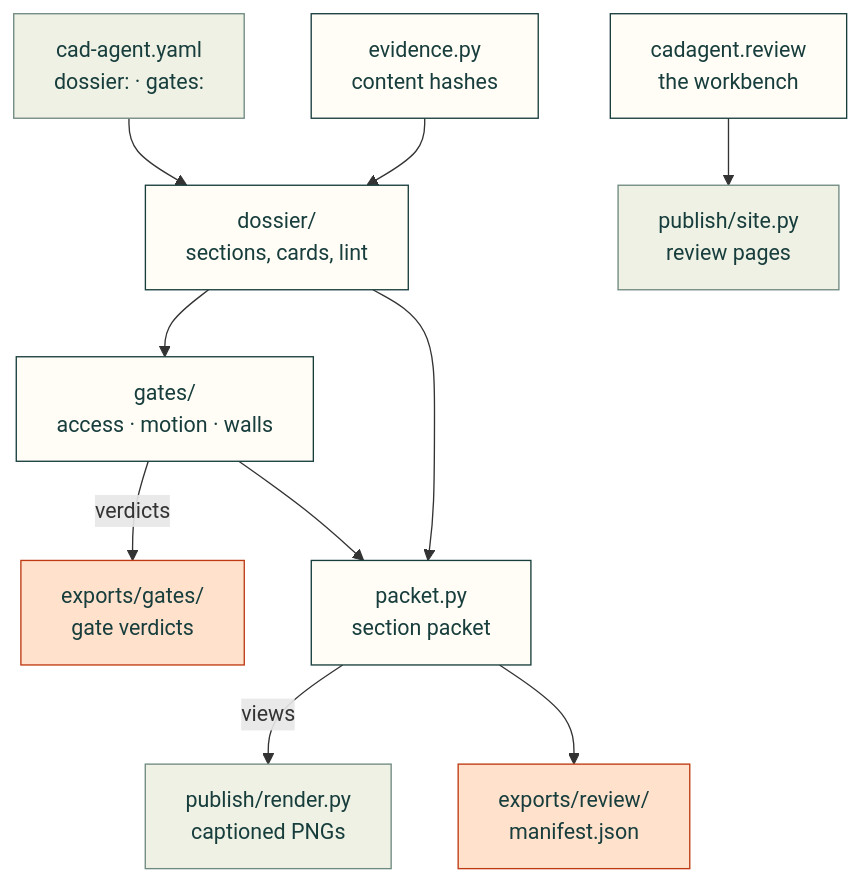
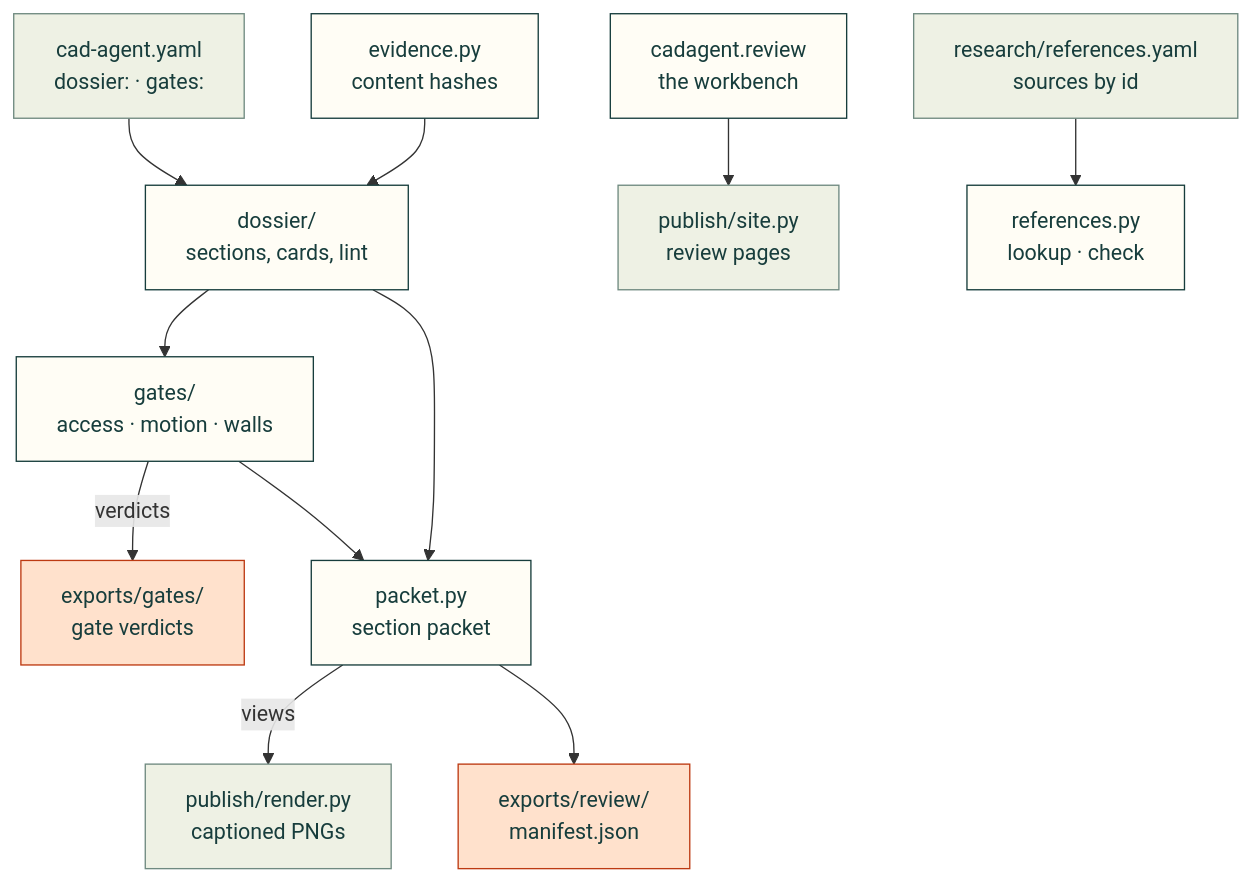
Before and after one commit to Valpatel/cad-agent: the diagram in src/cadagent/review/README.md, drawn with Mermaid. The commit also changed other lines of this file and 6 other files, not shown here.

First line of the commit message:
Reference registry: research/references.yaml and cadagent.review.references (#118)

````diff
--- a/src/cadagent/review/README.md
+++ b/src/cadagent/review/README.md
@@ -12,17 +12,18 @@
 ```mermaid
 flowchart TD
     Y["cad-agent.yaml<br/>dossier: · gates:"] --> DS["dossier/<br/>sections, cards, lint"]
     EV["evidence.py<br/>content hashes"] --> DS
     W["cadagent.review<br/>the workbench"] --> ST["publish/site.py<br/>review pages"]
     DS --> G["gates/<br/>access · motion · walls"]
     G -->|"verdicts"| GJ["exports/gates/<br/>gate verdicts"]
     DS & G --> PK["packet.py<br/>section packet"]
+    RY["research/references.yaml<br/>sources by id"] --> RF["references.py<br/>lookup · check"]
     PK -->|"views"| RN["publish/render.py<br/>captioned PNGs"]
     PK --> PO["exports/review/<br/>manifest.json"]
     classDef here fill:#fffdf5,stroke:#173d3c,color:#173d3c
     classDef near fill:#eef1e4,stroke:#6f8a80,color:#173d3c
     classDef out fill:#ffe1cc,stroke:#bd3a12,color:#173d3c
-    class DS,EV,W,G,PK here
-    class Y,ST,RN near
+    class DS,EV,W,G,PK,RF here
+    class Y,ST,RN,RY near
     class GJ,PO out
 ```
````
